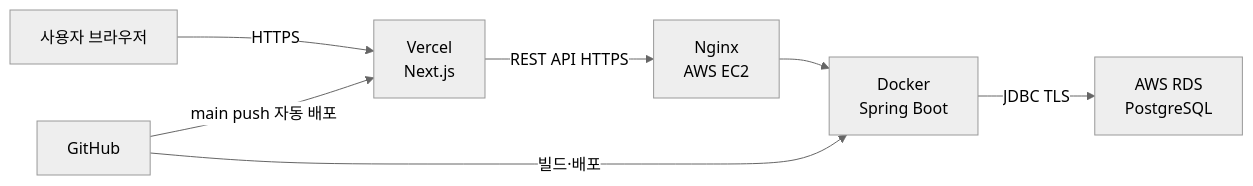
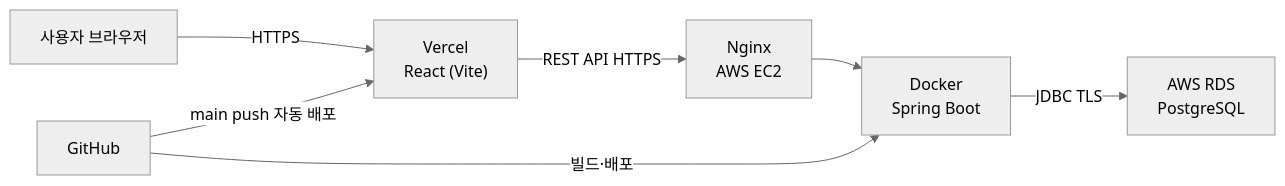
Before and after one commit to dh0250/studyon-backend: the second of 4 diagrams in README.md, drawn with Mermaid (neutral theme). The commit also changed other lines of this file and 1 other file, not shown here.

````diff
--- a/README.md
+++ b/README.md
@@ -88,9 +89,9 @@
 ```mermaid
 flowchart LR
-    U["사용자 브라우저"] -->|HTTPS| V["Vercel<br>Next.js"]
+    U["사용자 브라우저"] -->|HTTPS| V["Vercel<br>React (Vite)"]
     V -->|REST API HTTPS| N["Nginx<br>AWS EC2"]
     N --> B["Docker<br>Spring Boot"]
     B -->|JDBC TLS| R["AWS RDS<br>PostgreSQL"]
     G["GitHub"] -->|main push 자동 배포| V
     G -->|빌드·배포| B
 ```
````
